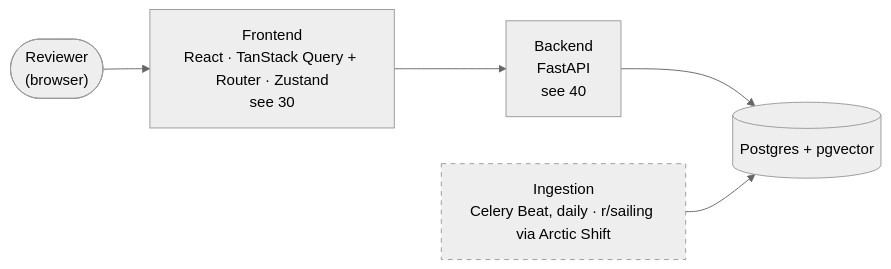
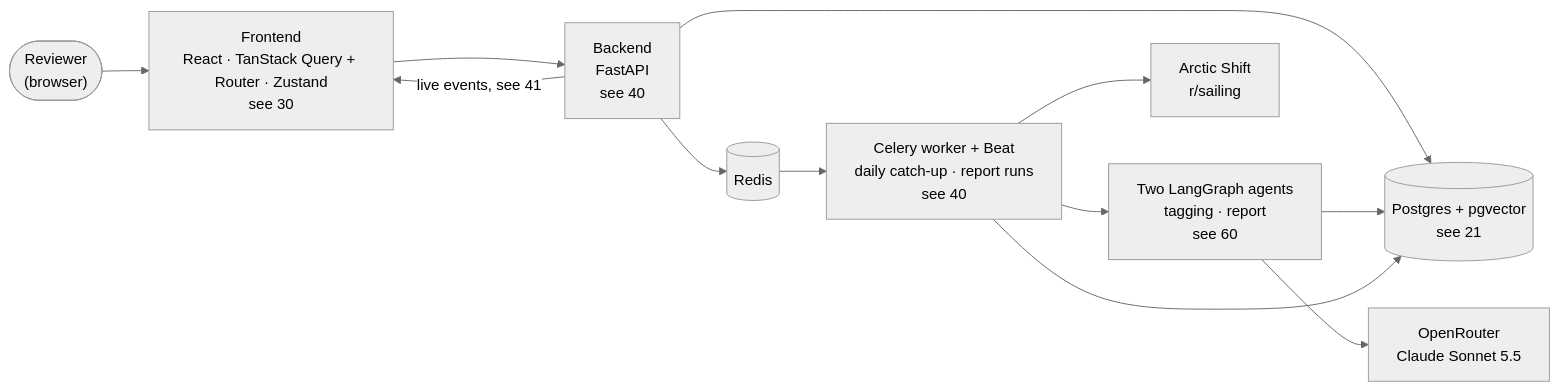
Before and after one commit to brianaderer/transcendent: the diagram in docs/atlas/01-system-map.md, drawn with Mermaid (neutral theme). The commit also changed other lines of this file and 6 other files, not shown here.

Commit message:
Atlas: full review — sync stale plates, add retrieval_events, OPEN-21..26

````diff
--- a/docs/atlas/01-system-map.md
+++ b/docs/atlas/01-system-map.md
@@ -9,16 +8,24 @@
 ```mermaid
 flowchart LR
     USER(["Reviewer<br/>(browser)"])
     FE["Frontend<br/>React · TanStack Query + Router · Zustand<br/>see 30"]
     API["Backend<br/>FastAPI<br/>see 40"]
-    STORE[("Postgres + pgvector")]
-    INGEST["Ingestion<br/>Celery Beat, daily · r/sailing via Arctic Shift"]
+    STORE[("Postgres + pgvector<br/>see 21")]
+    QUEUE[("Redis")]
+    WORKER["Celery worker + Beat<br/>daily catch-up · report runs<br/>see 40"]
+    AGENTS["Two LangGraph agents<br/>tagging · report<br/>see 60"]
+    SRC["Arctic Shift<br/>r/sailing"]
+    OR["OpenRouter<br/>Claude Sonnet 5.5"]
 
     USER --> FE
     FE --> API
+    API -->|"live events, see 41"| FE
     API --> STORE
-    INGEST --> STORE
-
-    classDef open stroke-dasharray: 5 5
-    class INGEST open
+    API --> QUEUE
+    QUEUE --> WORKER
+    WORKER --> SRC
+    WORKER --> AGENTS
+    AGENTS --> OR
+    AGENTS --> STORE
+    WORKER --> STORE
 ```
````
